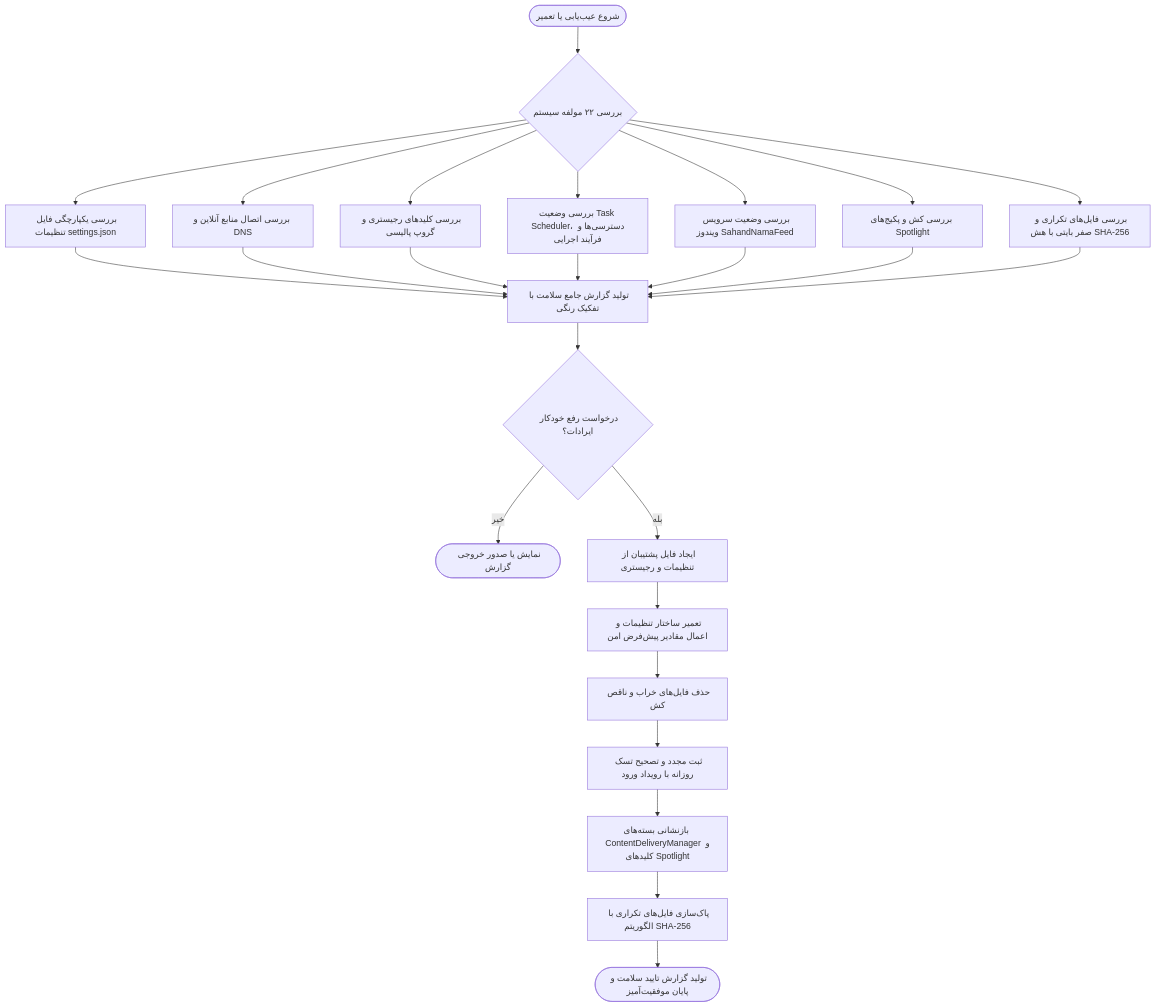
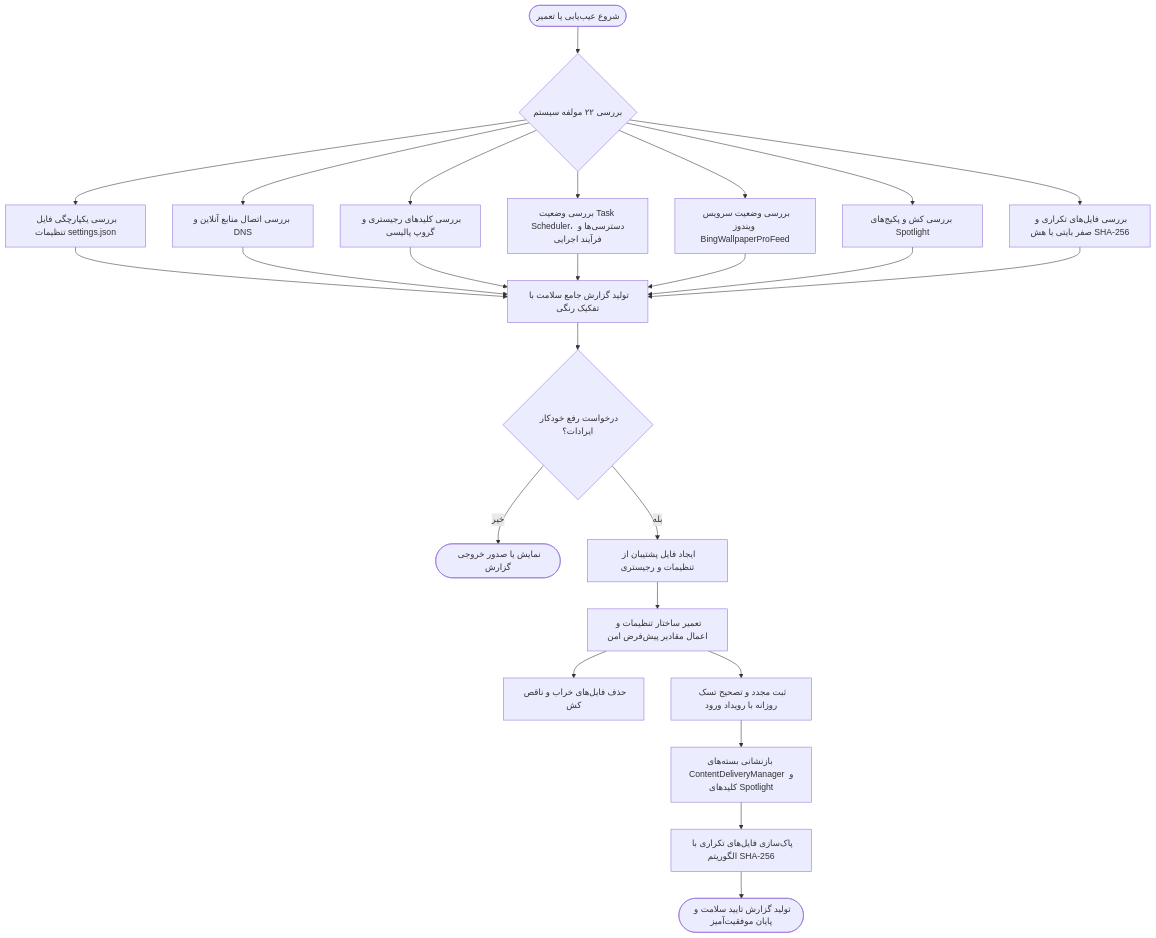
The fifth of 5 diagrams in docs/ARCHITECTURE.md (taimazus/SetWinWallpaper), drawn with Mermaid before and after one commit. The commit also changed other lines of this file and 14 other files, not shown here.

Commit message:
docs: synchronize README, architecture, CLI, sources, and wiki with v1.7.0 features and 75 tests

````diff
--- a/docs/ARCHITECTURE.md
+++ b/docs/ARCHITECTURE.md
@@ -122,25 +168,25 @@
 ```mermaid
 flowchart TD
     Start([شروع عیب‌یابی یا تعمیر]) --> CheckSys{بررسی ۲۲ مولفه سیستم}
     
     CheckSys --> Test1[بررسی یکپارچگی فایل تنظیمات settings.json]
     CheckSys --> Test2[بررسی اتصال منابع آنلاین و DNS]
     CheckSys --> Test3[بررسی کلیدهای رجیستری و گروپ پالیسی]
     CheckSys --> Test4[بررسی وضعیت Task Scheduler، دسترسی‌ها و فرآیند اجرایی]
-    CheckSys --> Test5[بررسی وضعیت سرویس ویندوز SahandNamaFeed]
+    CheckSys --> Test5[بررسی وضعیت سرویس ویندوز BingWallpaperProFeed]
     CheckSys --> Test6[بررسی کش و پکیج‌های Spotlight]
     CheckSys --> Test7[بررسی فایل‌های تکراری و صفر بایتی با هش SHA-256]
 
     Test1 & Test2 & Test3 & Test4 & Test5 & Test6 & Test7 --> GenReport[تولید گزارش جامع سلامت با تفکیک رنگی]
 
     GenReport --> AutoRepair{درخواست رفع خودکار ایرادات؟}
     AutoRepair -- خیر --> EndReport([نمایش یا صدور خروجی گزارش])
     
     AutoRepair -- بله --> Backup[ایجاد فایل پشتیبان از تنظیمات و رجیستری]
     Backup --> FixSettings[تعمیر ساختار تنظیمات و اعمال مقادیر پیش‌فرض امن]
     FixSettings --> PurgeCache[حذف فایل‌های خراب و ناقص کش]
-    PurgeCache --> FixSched[ثبت مجدد و تصحیح تسک روزانه با رویداد ورود]
+    FixSettings --> FixSched[ثبت مجدد و تصحیح تسک روزانه با رویداد ورود]
     FixSched --> FixSpotlight[بازنشانی بسته‌های ContentDeliveryManager و کلیدهای Spotlight]
     FixSpotlight --> DedupPurge[پاک‌سازی فایل‌های تکراری با الگوریتم SHA-256]
     DedupPurge --> FinalReport([تولید گزارش تایید سلامت و پایان موفقیت‌آمیز])
 ```
````
